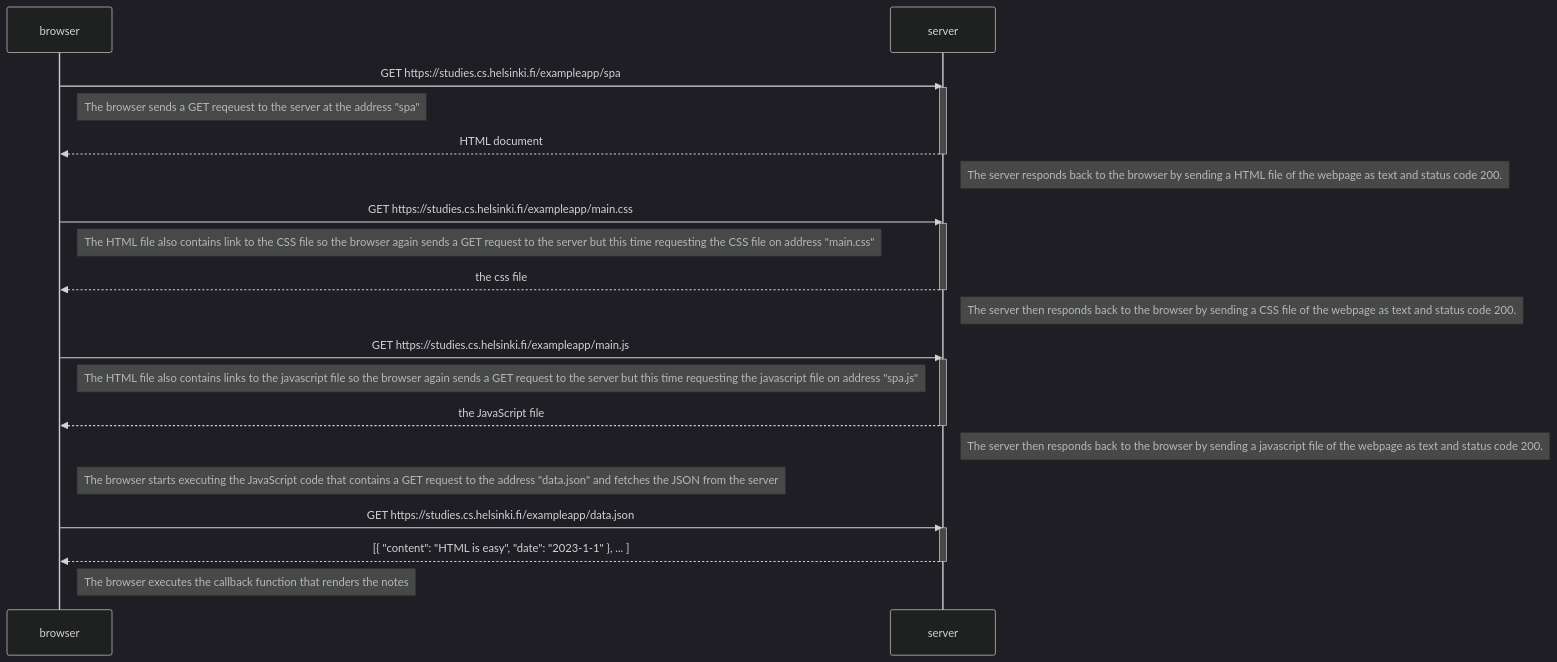
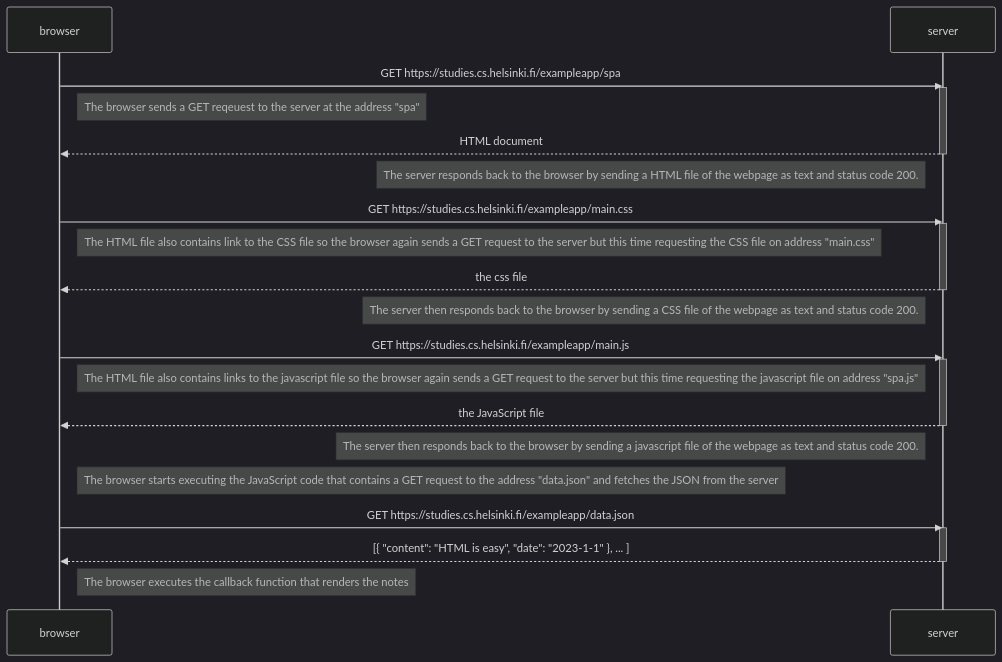
The diagram in part0/exercise_0.5/diagram.md (bakhtiar56/Full_Stack_Open), drawn with Mermaid (dark theme) before and after one commit. The commit also changed 1 other file, not shown here.

Commit message:
update diagrams

````diff
--- a/part0/exercise_0.5/diagram.md
+++ b/part0/exercise_0.5/diagram.md
@@ -1,42 +1,42 @@
 ```mermaid
 sequenceDiagram
     participant browser
     participant server
     
     browser->>server: GET https://studies.cs.helsinki.fi/exampleapp/spa
     activate server
 
     Note right of browser: The browser sends a GET reqeuest to the server at the address "spa"
     server-->>browser: HTML document
     deactivate server
 
-    Note right of server: The server responds back to the browser by sending a HTML file of the webpage as text and status code 200.
+    Note left of server: The server responds back to the browser by sending a HTML file of the webpage as text and status code 200.
 
 
     browser->>server: GET https://studies.cs.helsinki.fi/exampleapp/main.css
     activate server
 
     Note right of browser: The HTML file also contains link to the CSS file so the browser again sends a GET request to the server but this time requesting the CSS file on address "main.css" 
     server-->>browser: the css file
     deactivate server
 
-    Note right of server: The server then responds back to the browser by sending a CSS file of the webpage as text and status code 200.
+    Note left of server: The server then responds back to the browser by sending a CSS file of the webpage as text and status code 200.
 
     browser->>server: GET https://studies.cs.helsinki.fi/exampleapp/main.js
     activate server
 
     Note right of browser: The HTML file also contains links to the javascript file so the browser again sends a GET request to the server but this time requesting the javascript file on address "spa.js" 
     server-->>browser: the JavaScript file
     deactivate server
 
-    Note right of server: The server then responds back to the browser by sending a javascript file of the webpage as text and status code 200.
+    Note left of server: The server then responds back to the browser by sending a javascript file of the webpage as text and status code 200.
 
     Note right of browser: The browser starts executing the JavaScript code that contains a GET request to the address "data.json" and fetches the JSON from the server
 
     browser->>server: GET https://studies.cs.helsinki.fi/exampleapp/data.json
     activate server
     server-->>browser: [{ "content": "HTML is easy", "date": "2023-1-1" }, ... ]
     deactivate server
 
     Note right of browser: The browser executes the callback function that renders the notes
 ```
````
